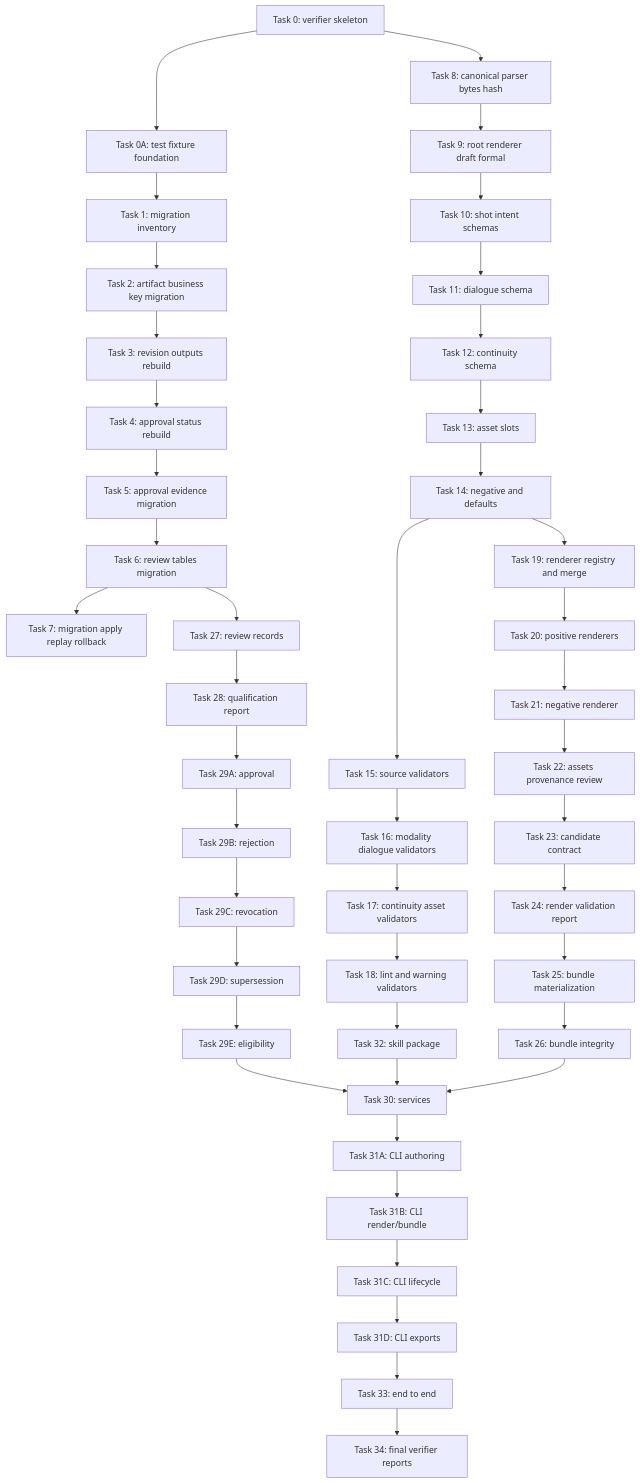
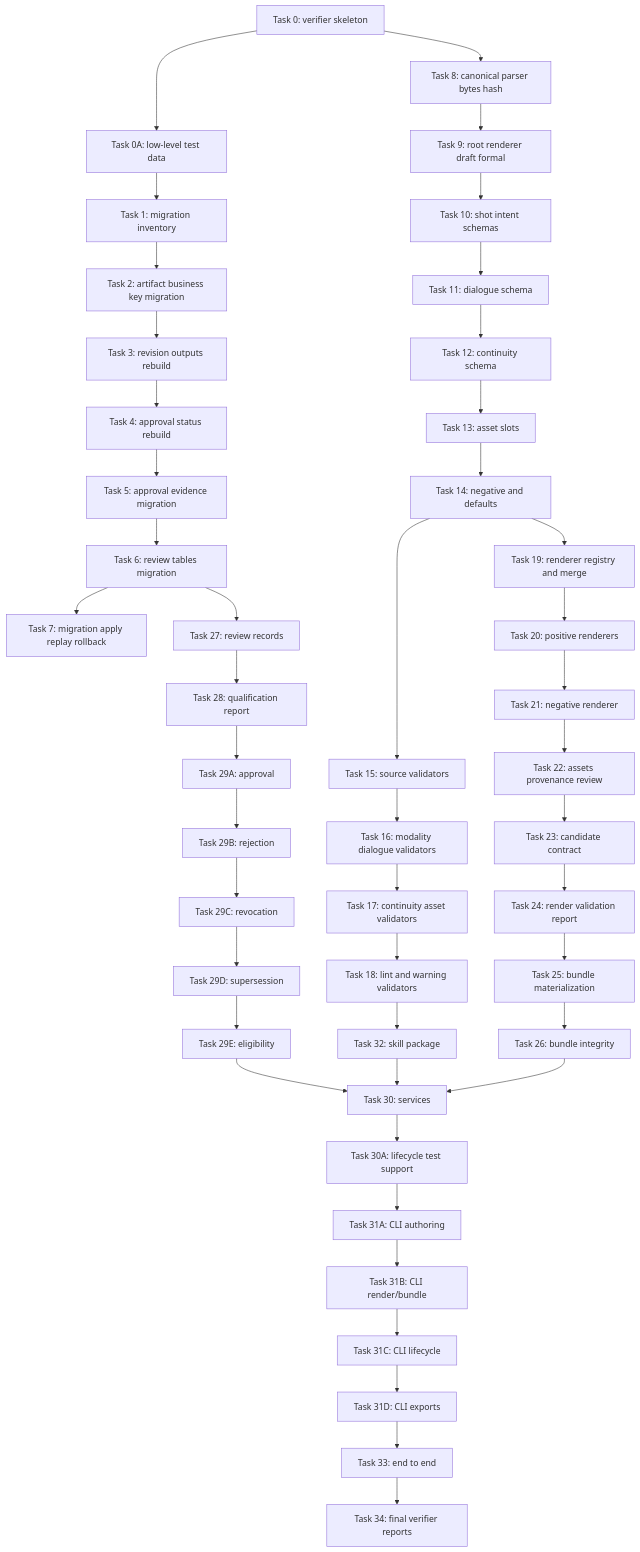
Before and after one commit to Java-zengzhiwen/ai-drama: the diagram in docs/superpowers/plans/2026-07-02-phase3-shot-prompt-canonical-implementation.md, drawn with Mermaid. The commit also changed other lines of this file, not shown here.

````diff
--- a/docs/superpowers/plans/2026-07-02-phase3-shot-prompt-canonical-implementation.md
+++ b/docs/superpowers/plans/2026-07-02-phase3-shot-prompt-canonical-implementation.md
@@ -350,59 +351,61 @@
 ```mermaid
 flowchart TD
   T0["Task 0: verifier skeleton"]
-  T0A["Task 0A: test fixture foundation"]
+  T0A["Task 0A: low-level test data"]
   T1["Task 1: migration inventory"]
   T2["Task 2: artifact business key migration"]
   T3["Task 3: revision outputs rebuild"]
   T4["Task 4: approval status rebuild"]
   T5["Task 5: approval evidence migration"]
   T6["Task 6: review tables migration"]
   T7["Task 7: migration apply replay rollback"]
   T8["Task 8: canonical parser bytes hash"]
   T9["Task 9: root renderer draft formal"]
   T10["Task 10: shot intent schemas"]
   T11["Task 11: dialogue schema"]
   T12["Task 12: continuity schema"]
   T13["Task 13: asset slots"]
   T14["Task 14: negative and defaults"]
   T15["Task 15: source validators"]
   T16["Task 16: modality dialogue validators"]
   T17["Task 17: continuity asset validators"]
   T18["Task 18: lint and warning validators"]
   T19["Task 19: renderer registry and merge"]
   T20["Task 20: positive renderers"]
   T21["Task 21: negative renderer"]
   T22["Task 22: assets provenance review"]
   T23["Task 23: candidate contract"]
   T24["Task 24: render validation report"]
   T25["Task 25: bundle materialization"]
   T26["Task 26: bundle integrity"]
   T27["Task 27: review records"]
   T28["Task 28: qualification report"]
   T29A["Task 29A: approval"]
   T29B["Task 29B: rejection"]
   T29C["Task 29C: revocation"]
   T29D["Task 29D: supersession"]
   T29E["Task 29E: eligibility"]
   T32["Task 32: skill package"]
   T30["Task 30: services"]
+  T30A["Task 30A: lifecycle test support"]
   T31A["Task 31A: CLI authoring"]
   T31B["Task 31B: CLI render/bundle"]
   T31C["Task 31C: CLI lifecycle"]
   T31D["Task 31D: CLI exports"]
   T33["Task 33: end to end"]
   T34["Task 34: final verifier reports"]
 
   T0 --> T0A --> T1 --> T2 --> T3 --> T4 --> T5 --> T6 --> T7
   T0 --> T8 --> T9 --> T10 --> T11 --> T12 --> T13 --> T14
   T14 --> T15 --> T16 --> T17 --> T18
   T14 --> T19 --> T20 --> T21 --> T22
   T22 --> T23 --> T24 --> T25 --> T26
   T6 --> T27 --> T28 --> T29A --> T29B --> T29C --> T29D --> T29E
   T26 --> T30
   T29E --> T30
   T18 --> T32
-  T32 --> T30
-  T30 --> T31A --> T31B --> T31C --> T31D
+  T32 --> T30 --> T30A
+  T30A --> T31A
+  T31A --> T31B --> T31C --> T31D
   T31D --> T33 --> T34
 ```
````
